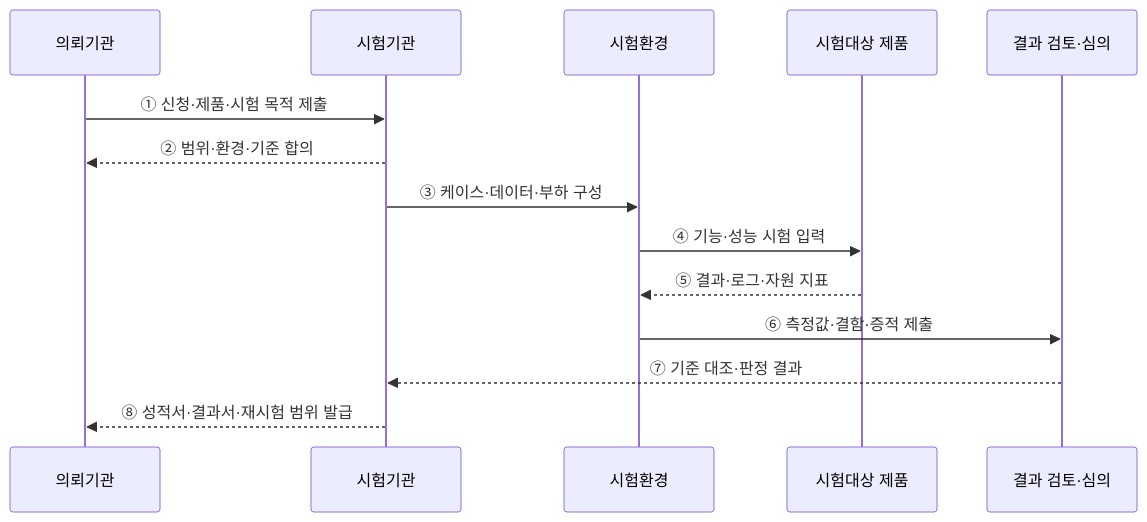
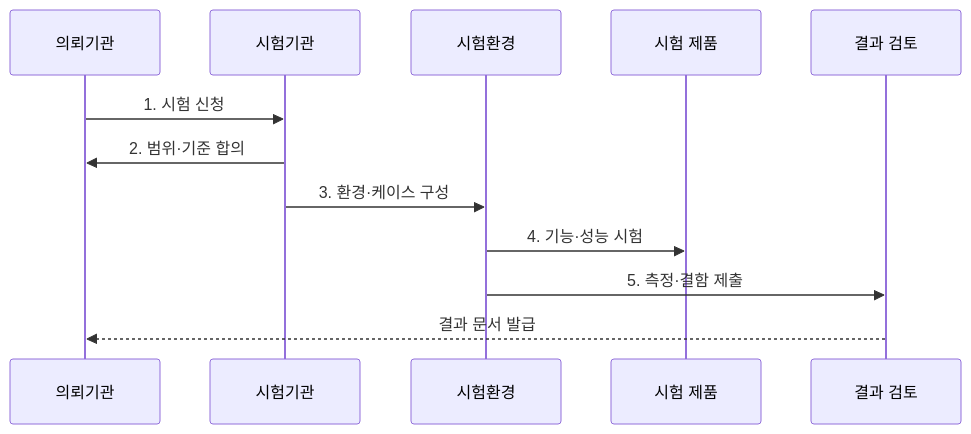
Before and after one commit to agnusdei1207/knowledge-base: the second of 2 diagrams in src/content/docs/notes/03-software/186_tta_sw_quality_test.md, drawn with Mermaid. The commit also changed other lines of this file and 20 other files, not shown here.

````diff
--- a/src/content/docs/notes/03-software/186_tta_sw_quality_test.md
+++ b/src/content/docs/notes/03-software/186_tta_sw_quality_test.md
@@ -67,16 +77,14 @@
 ```mermaid
 sequenceDiagram
     participant C as 의뢰기관
     participant T as 시험기관
     participant E as 시험환경
-    participant P as 시험대상 제품
-    participant R as 결과 검토·심의
-    C->>T: ① 신청·제품·시험 목적 제출
-    T-->>C: ② 범위·환경·기준 합의
-    T->>E: ③ 케이스·데이터·부하 구성
-    E->>P: ④ 기능·성능 시험 입력
-    P-->>E: ⑤ 결과·로그·자원 지표
-    E->>R: ⑥ 측정값·결함·증적 제출
-    R-->>T: ⑦ 기준 대조·판정 결과
-    T-->>C: ⑧ 성적서·결과서·재시험 범위 발급
+    participant P as 시험 제품
+    participant R as 결과 검토
+    C->>T: 1. 시험 신청
+    T->>C: 2. 범위·기준 합의
+    T->>E: 3. 환경·케이스 구성
+    E->>P: 4. 기능·성능 시험
+    E->>R: 5. 측정·결함 제출
+    R-->>C: 결과 문서 발급
 ```
````
